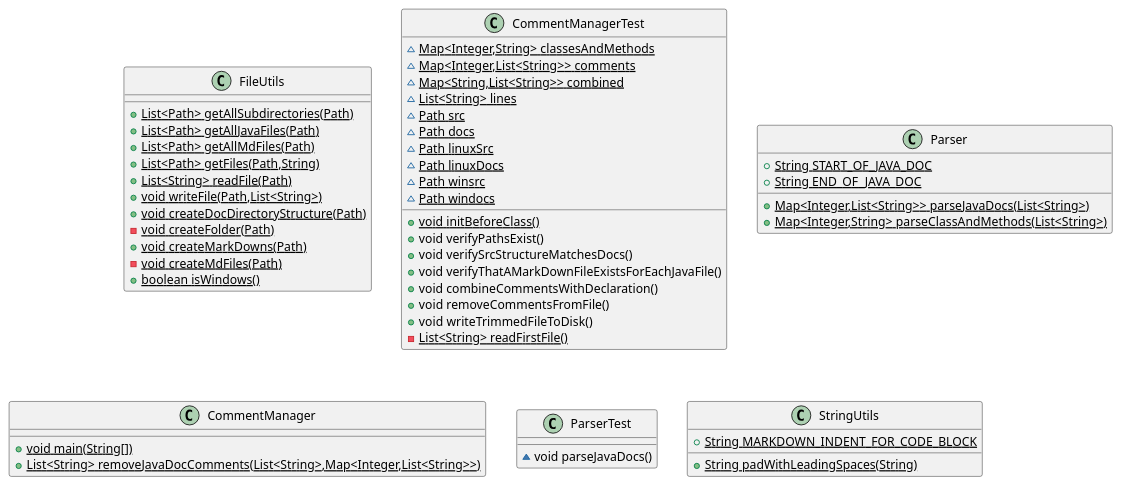
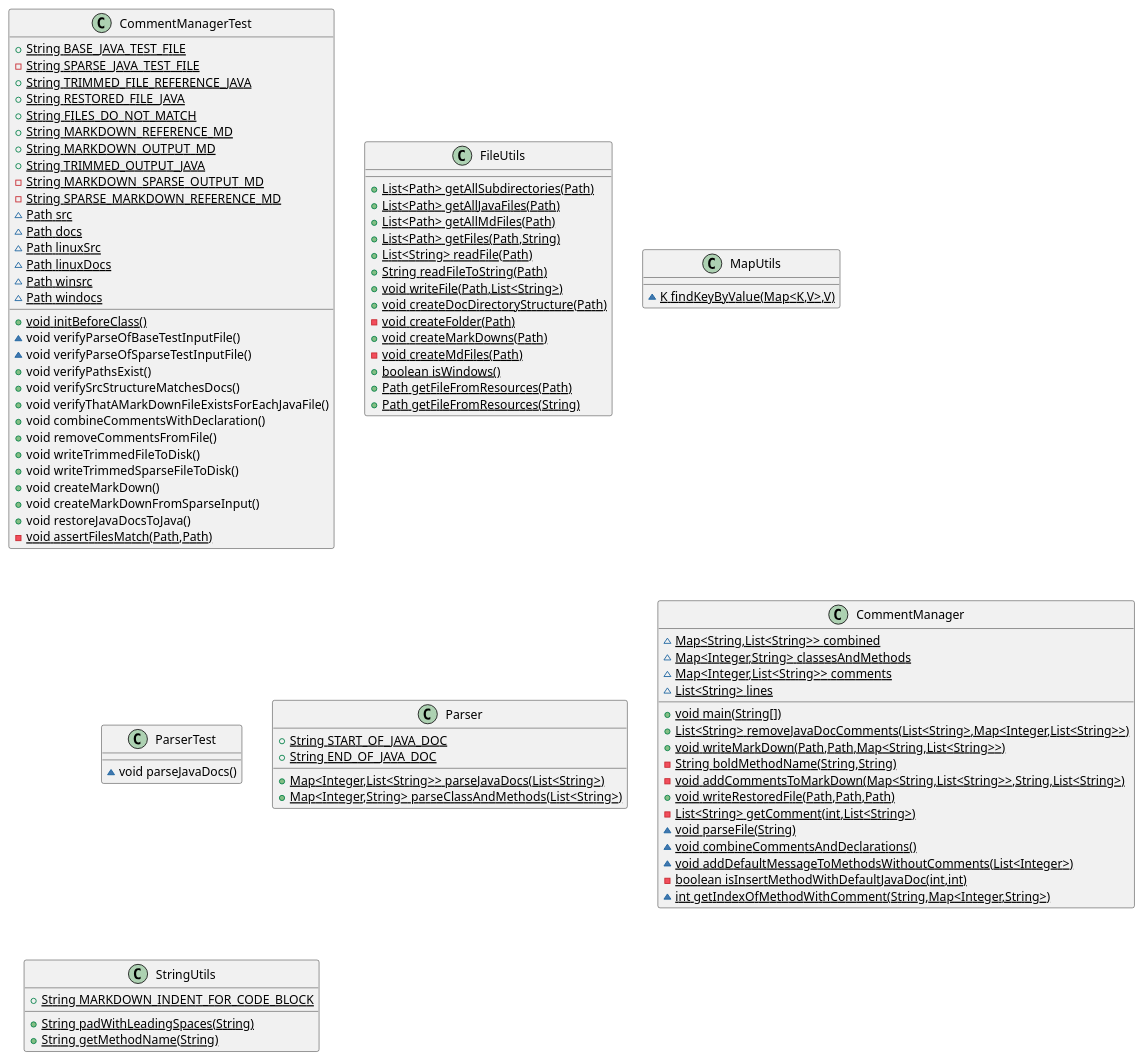
One commit to rfencl/CommentManager changed the diagram in CommandManager.puml. Above: the diagram before and after it, drawn with PlantUML. The commit also changed 4 other files, not shown here.

```diff
--- a/CommandManager.puml
+++ b/CommandManager.puml
@@ -1,61 +1,95 @@
 @startuml
-class FileUtils {
-+ {static} List<Path> getAllSubdirectories(Path)
-+ {static} List<Path> getAllJavaFiles(Path)
-+ {static} List<Path> getAllMdFiles(Path)
-+ {static} List<Path> getFiles(Path,String)
-+ {static} List<String> readFile(Path)
-+ {static} void writeFile(Path,List<String>)
-+ {static} void createDocDirectoryStructure(Path)
-- {static} void createFolder(Path)
-+ {static} void createMarkDowns(Path)
-- {static} void createMdFiles(Path)
-+ {static} boolean isWindows()
-}
-
 class CommentManagerTest {
-~ {static} Map<Integer,String> classesAndMethods
-~ {static} Map<Integer,List<String>> comments
-~ {static} Map<String,List<String>> combined
-~ {static} List<String> lines
++ {static} String BASE_JAVA_TEST_FILE
+- {static} String SPARSE_JAVA_TEST_FILE
++ {static} String TRIMMED_FILE_REFERENCE_JAVA
++ {static} String RESTORED_FILE_JAVA
++ {static} String FILES_DO_NOT_MATCH
++ {static} String MARKDOWN_REFERENCE_MD
++ {static} String MARKDOWN_OUTPUT_MD
++ {static} String TRIMMED_OUTPUT_JAVA
+- {static} String MARKDOWN_SPARSE_OUTPUT_MD
+- {static} String SPARSE_MARKDOWN_REFERENCE_MD
 ~ {static} Path src
 ~ {static} Path docs
 ~ {static} Path linuxSrc
 ~ {static} Path linuxDocs
 ~ {static} Path winsrc
 ~ {static} Path windocs
 + {static} void initBeforeClass()
+~ void verifyParseOfBaseTestInputFile()
+~ void verifyParseOfSparseTestInputFile()
 + void verifyPathsExist()
 + void verifySrcStructureMatchesDocs()
 + void verifyThatAMarkDownFileExistsForEachJavaFile()
 + void combineCommentsWithDeclaration()
 + void removeCommentsFromFile()
 + void writeTrimmedFileToDisk()
-- {static} List<String> readFirstFile()
++ void writeTrimmedSparseFileToDisk()
++ void createMarkDown()
++ void createMarkDownFromSparseInput()
++ void restoreJavaDocsToJava()
+- {static} void assertFilesMatch(Path,Path)
+}
+
+class FileUtils {
++ {static} List<Path> getAllSubdirectories(Path)
++ {static} List<Path> getAllJavaFiles(Path)
++ {static} List<Path> getAllMdFiles(Path)
++ {static} List<Path> getFiles(Path,String)
++ {static} List<String> readFile(Path)
++ {static} String readFileToString(Path)
++ {static} void writeFile(Path,List<String>)
++ {static} void createDocDirectoryStructure(Path)
+- {static} void createFolder(Path)
++ {static} void createMarkDowns(Path)
+- {static} void createMdFiles(Path)
++ {static} boolean isWindows()
++ {static} Path getFileFromResources(Path)
++ {static} Path getFileFromResources(String)
+}
+
+class MapUtils {
+~ {static} K findKeyByValue(Map<K,V>,V)
+}
+
+class ParserTest {
+~ void parseJavaDocs()
 }
 
 
 class Parser {
 + {static} String START_OF_JAVA_DOC
 + {static} String END_OF_JAVA_DOC
 + {static} Map<Integer,List<String>> parseJavaDocs(List<String>)
 + {static} Map<Integer,String> parseClassAndMethods(List<String>)
 }
 
-
 class CommentManager {
+~ {static} Map<String,List<String>> combined
+~ {static} Map<Integer,String> classesAndMethods
+~ {static} Map<Integer,List<String>> comments
+~ {static} List<String> lines
 + {static} void main(String[])
 + {static} List<String> removeJavaDocComments(List<String>,Map<Integer,List<String>>)
++ {static} void writeMarkDown(Path,Path,Map<String,List<String>>)
+- {static} String boldMethodName(String,String)
+- {static} void addCommentsToMarkDown(Map<String,List<String>>,String,List<String>)
++ {static} void writeRestoredFile(Path,Path,Path)
+- {static} List<String> getComment(int,List<String>)
+~ {static} void parseFile(String)
+~ {static} void combineCommentsAndDeclarations()
+~ {static} void addDefaultMessageToMethodsWithoutComments(List<Integer>)
+- {static} boolean isInsertMethodWithDefaultJavaDoc(int,int)
+~ {static} int getIndexOfMethodWithComment(String,Map<Integer,String>)
 }
 
-class ParserTest {
-~ void parseJavaDocs()
-}
 
 class StringUtils {
 + {static} String MARKDOWN_INDENT_FOR_CODE_BLOCK
 + {static} String padWithLeadingSpaces(String)
++ {static} String getMethodName(String)
 }
 
 
 @enduml
```
